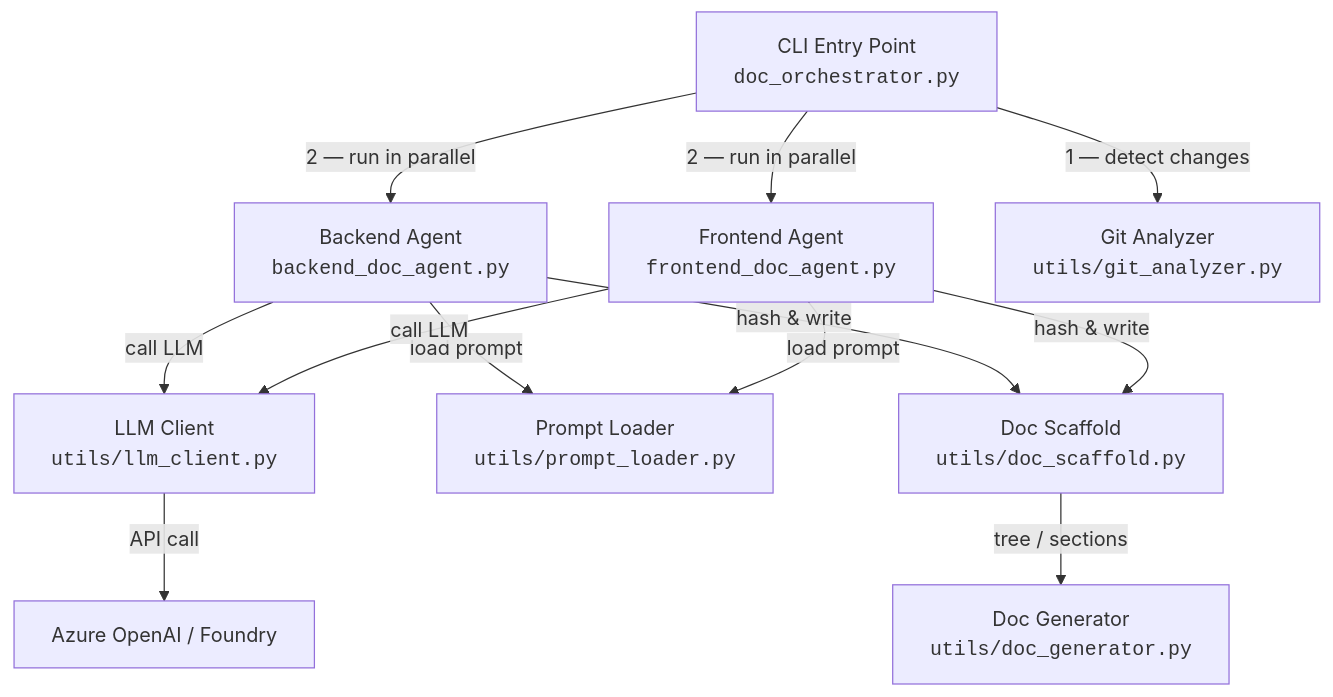
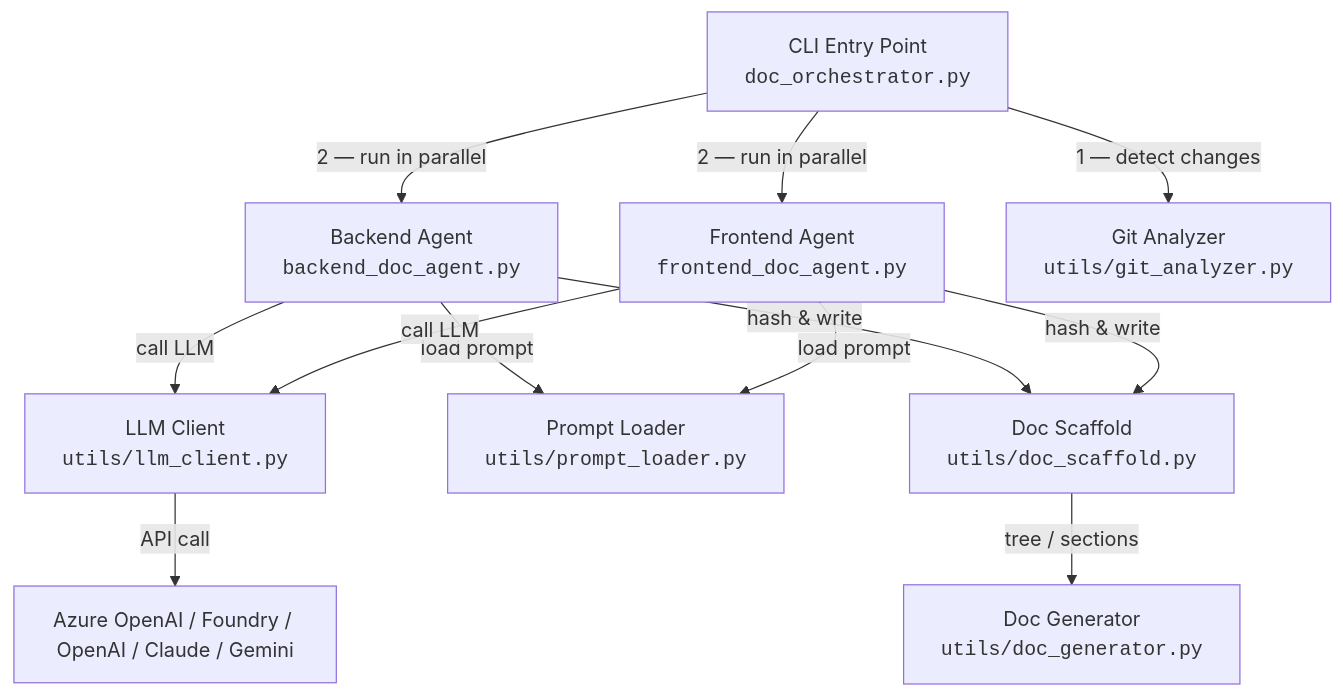
The first of 5 diagrams in DOCUMENTATION.md (defoxtrotalpha/Documentation-Agent), drawn with Mermaid before and after one commit. The commit also changed other lines of this file and 2 other files, not shown here.

Commit message:
docs(agent): add README, hook sample, and multi-LLM setup docs

````diff
--- a/DOCUMENTATION.md
+++ b/DOCUMENTATION.md
@@ -23,27 +25,27 @@
 ```mermaid
 flowchart TD
     CLI["CLI Entry Point<br/><code>doc_orchestrator.py</code>"]
     BE["Backend Agent<br/><code>backend_doc_agent.py</code>"]
     FE["Frontend Agent<br/><code>frontend_doc_agent.py</code>"]
     GIT["Git Analyzer<br/><code>utils/git_analyzer.py</code>"]
     LLM["LLM Client<br/><code>utils/llm_client.py</code>"]
     PROMPT["Prompt Loader<br/><code>utils/prompt_loader.py</code>"]
     SCAFFOLD["Doc Scaffold<br/><code>utils/doc_scaffold.py</code>"]
     GEN["Doc Generator<br/><code>utils/doc_generator.py</code>"]
-    AZURE["Azure OpenAI / Foundry"]
+    PROVIDERS["Azure OpenAI / Foundry / OpenAI / Claude / Gemini"]
 
     CLI -->|"1 — detect changes"| GIT
     CLI -->|"2 — run in parallel"| BE
     CLI -->|"2 — run in parallel"| FE
 
     BE -->|"load prompt"| PROMPT
     BE -->|"call LLM"| LLM
     BE -->|"hash & write"| SCAFFOLD
 
     FE -->|"load prompt"| PROMPT
     FE -->|"call LLM"| LLM
     FE -->|"hash & write"| SCAFFOLD
 
-    LLM -->|"API call"| AZURE
+    LLM -->|"API call"| PROVIDERS
     SCAFFOLD -->|"tree / sections"| GEN
 ```
````
